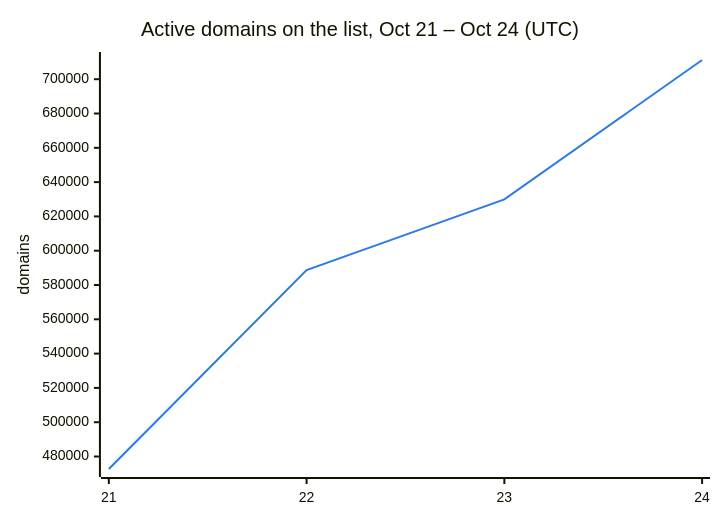
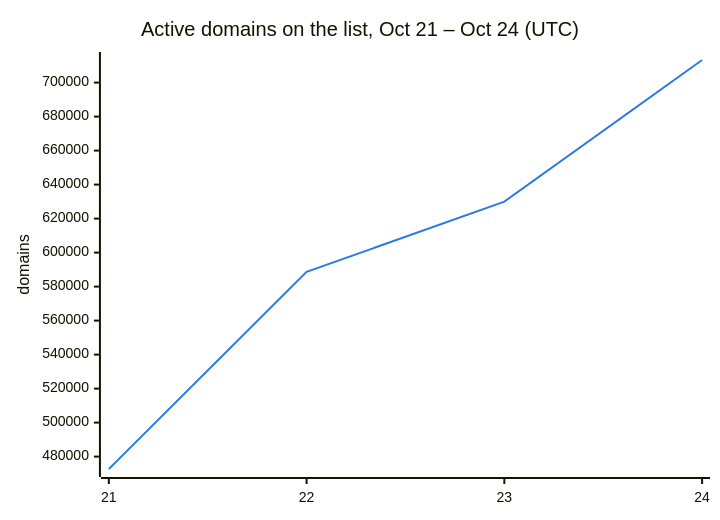
One commit to DNSBunker/CTI changed the second of 3 diagrams in README.md. Above: the diagram before and after it, drawn with Mermaid. The commit also changed other lines of this file and 3 other files, not shown here.

````diff
--- a/README.md
+++ b/README.md
@@ -38,8 +38,8 @@
 ```mermaid
 %%{init: {"themeVariables": {"xyChart": {"plotColorPalette": "#2c7be5"}}}}%%
 xychart-beta
     title "Active domains on the list, Oct 21 – Oct 24 (UTC)"
     x-axis ["21", "22", "23", "24"]
     y-axis "domains"
-    line [472713, 588659, 629951, 711204]
+    line [472713, 588659, 629951, 713289]
 ```
````
